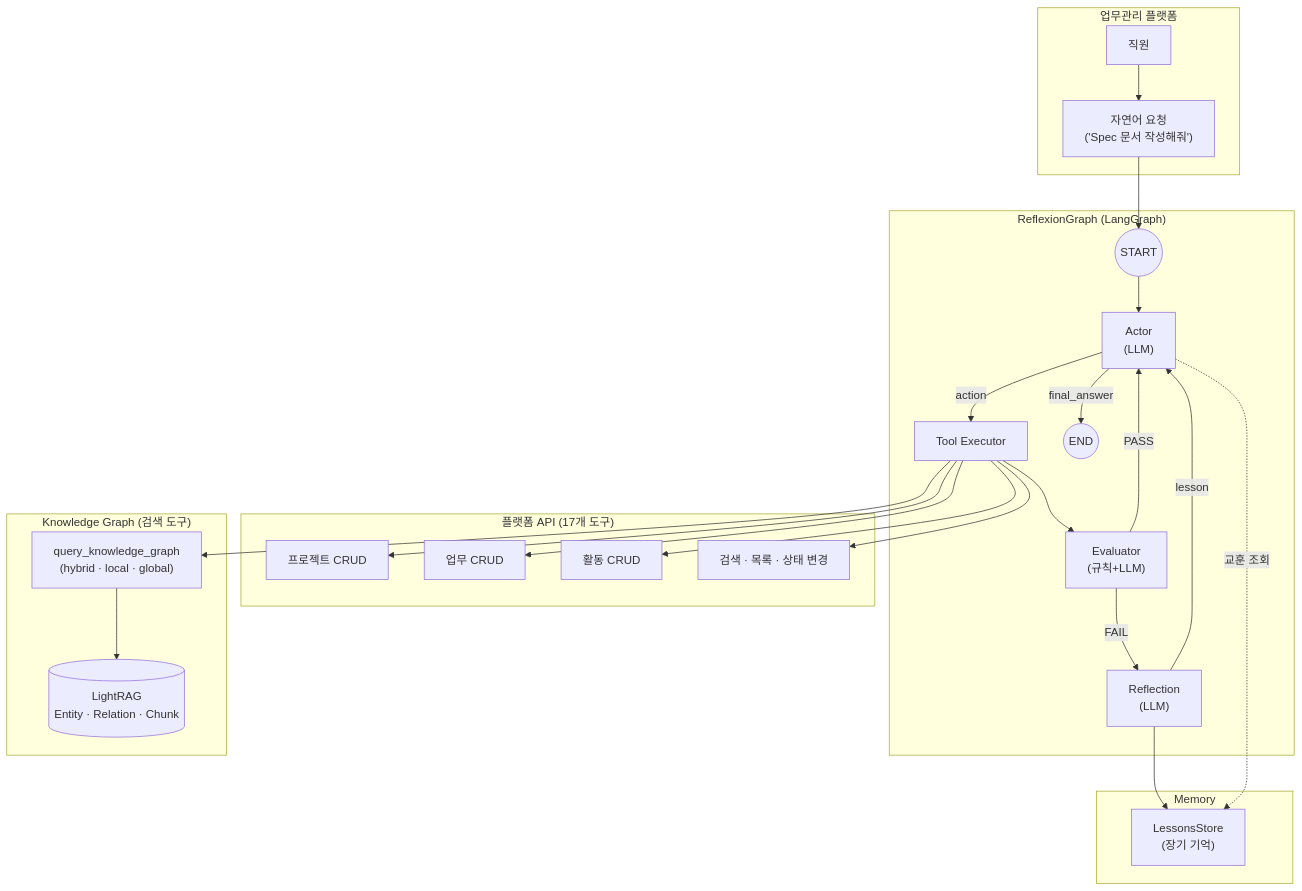
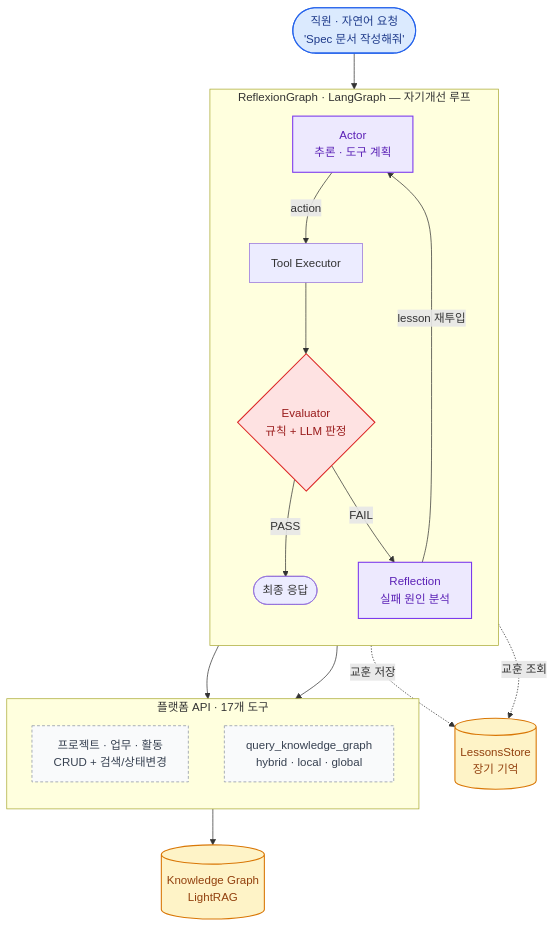
Before and after one commit to SJayKim/SJayKim: the first of 12 diagrams in README.md, drawn with Mermaid. The commit also changed other lines of this file, not shown here.

First line of the commit message:
docs: 프로젝트 다이어그램 공통 비주얼 시스템 도입 + 신규 4종 추가

````diff
--- a/README.md
+++ b/README.md
@@ -66,51 +68,43 @@
 ```mermaid
 flowchart TB
-    subgraph Platform["업무관리 플랫폼"]
-        User["직원"]
-        Request["자연어 요청<br/>('Spec 문서 작성해줘')"]
-        User --> Request
+    User(["직원 · 자연어 요청<br/>'Spec 문서 작성해줘'"])
+
+    subgraph Loop["ReflexionGraph · LangGraph — 자기개선 루프"]
+        direction TB
+        Actor["Actor<br/>추론 · 도구 계획"]
+        Tool["Tool Executor"]
+        Eval{"Evaluator<br/>규칙 + LLM 판정"}
+        Reflect["Reflection<br/>실패 원인 분석"]
+        Done(["최종 응답"])
+        Actor -->|action| Tool --> Eval
+        Eval -->|PASS| Done
+        Eval -->|FAIL| Reflect
+        Reflect -->|lesson 재투입| Actor
     end
 
-    subgraph ReflexionGraph["ReflexionGraph (LangGraph)"]
-        START((START))
-        Actor["Actor<br/>(LLM)"]
-        ToolExec["Tool Executor"]
-        Evaluator["Evaluator<br/>(규칙+LLM)"]
-        Reflection["Reflection<br/>(LLM)"]
-        END_NODE((END))
+    Lessons[("LessonsStore<br/>장기 기억")]
 
-        START --> Actor
-        Actor -->|"action"| ToolExec
-        Actor -->|"final_answer"| END_NODE
-        ToolExec --> Evaluator
-        Evaluator -->|"PASS"| Actor
-        Evaluator -->|"FAIL"| Reflection
-        Reflection -->|"lesson"| Actor
+    subgraph Ext["플랫폼 API · 17개 도구"]
+        direction TB
+        CRUD["프로젝트 · 업무 · 활동<br/>CRUD + 검색/상태변경"]
+        KGT["query_knowledge_graph<br/>hybrid · local · global"]
     end
+    KGDB[("Knowledge Graph<br/>LightRAG")]
 
-    subgraph Memory["Memory"]
-        LongTerm["LessonsStore<br/>(장기 기억)"]
-    end
+    User --> Actor
+    Tool --> CRUD
+    Tool --> KGT --> KGDB
+    Reflect -. 교훈 저장 .-> Lessons
+    Actor -. 교훈 조회 .-> Lessons
 
-    subgraph Resources["플랫폼 API (17개 도구)"]
-        ProjectAPI["프로젝트 CRUD"]
-        TaskAPI["업무 CRUD"]
-        ActivityAPI["활동 CRUD"]
-        Utility["검색 · 목록 · 상태 변경"]
-    end
-
-    subgraph KG["Knowledge Graph (검색 도구)"]
-        KGQuery["query_knowledge_graph<br/>(hybrid · local · global)"]
-        LightRAG[("LightRAG<br/>Entity · Relation · Chunk")]
-        KGQuery --> LightRAG
-    end
-
-    Request --> START
-    ToolExec --> ProjectAPI
-    ToolExec --> TaskAPI
-    ToolExec --> ActivityAPI
-    ToolExec --> Utility
-    ToolExec --> KGQuery
-    Reflection --> LongTerm
-    Actor -.->|"교훈 조회"| LongTerm
+    classDef entry fill:#DBEAFE,stroke:#2563EB,stroke-width:1.5px,color:#1E3A8A;
+    classDef ai fill:#EDE9FE,stroke:#7C3AED,stroke-width:1.5px,color:#5B21B6;
+    classDef guard fill:#FEE2E2,stroke:#DC2626,stroke-width:1.5px,color:#991B1B;
+    classDef data fill:#FEF3C7,stroke:#D97706,stroke-width:1.5px,color:#92400E;
+    classDef ext fill:#F9FAFB,stroke:#9CA3AF,stroke-width:1.2px,stroke-dasharray:4 3,color:#374151;
+    class User entry;
+    class Actor,Reflect ai;
+    class Eval guard;
+    class Lessons,KGDB data;
+    class CRUD,KGT ext;
 ```
````
